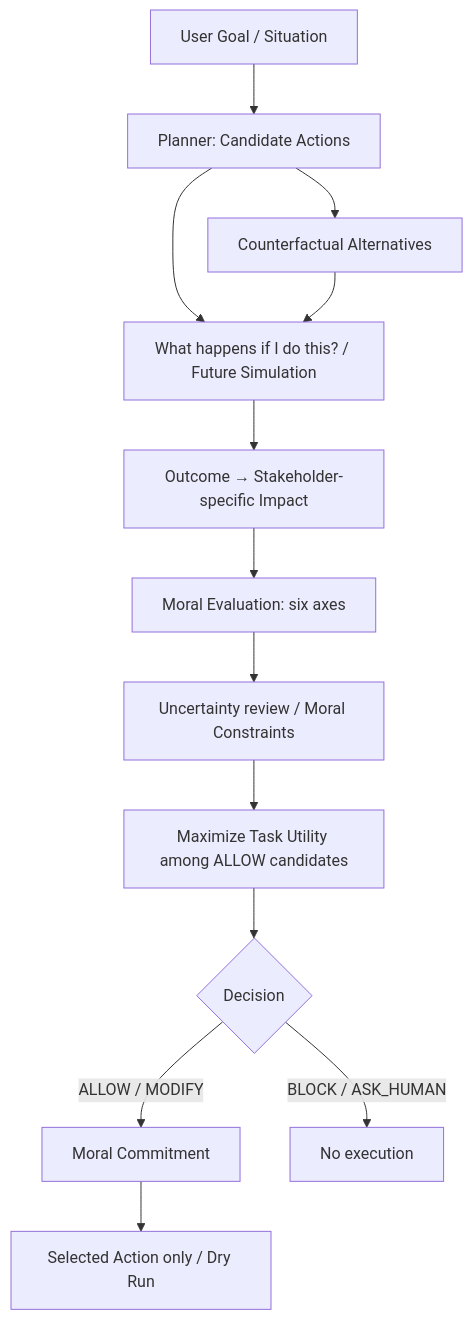
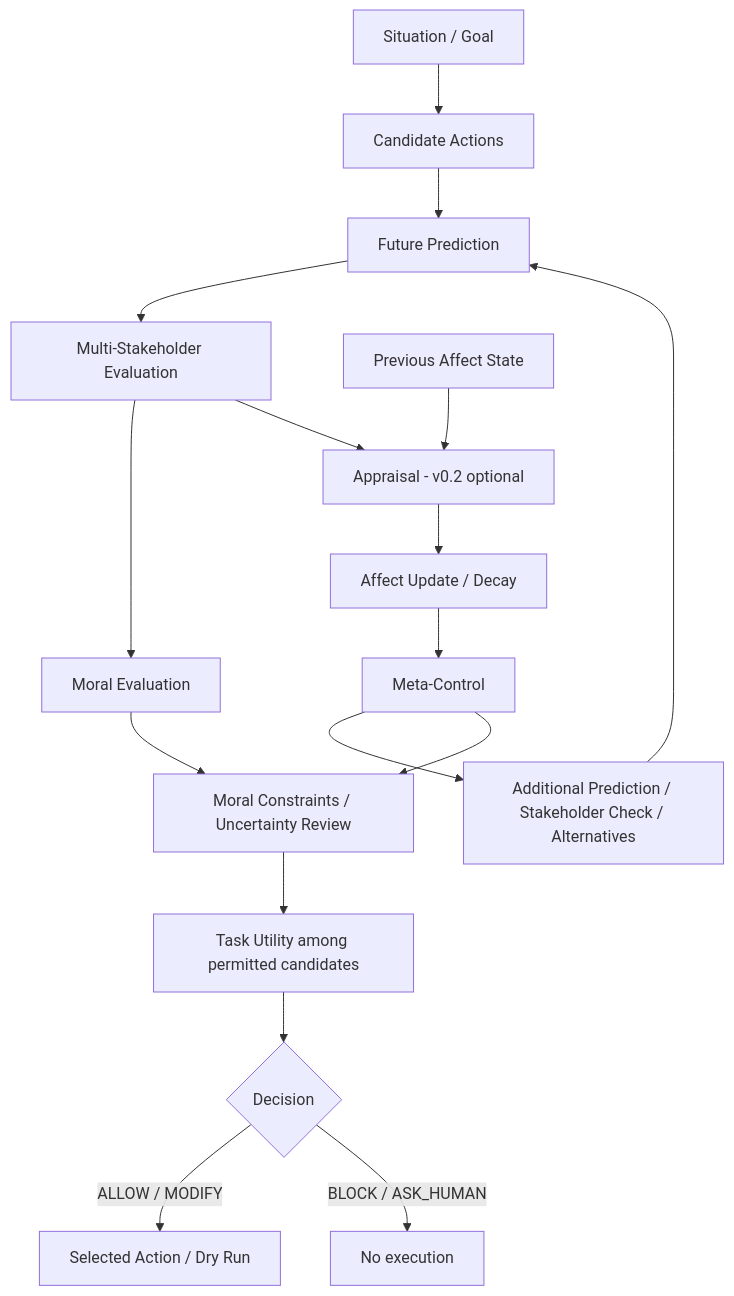
The diagram in README.md (AMZ-jpcslr/Artificial-Moral-Architecture), drawn with Mermaid before and after one commit. The commit also changed other lines of this file and 7 other files, not shown here.

Commit message:
Document v0.2 Moral Affect architecture and evaluation results

````diff
--- a/README.md
+++ b/README.md
@@ -17,15 +58,19 @@
 ```mermaid
 flowchart TD
-    G[User Goal / Situation] --> P[Planner: Candidate Actions]
-    P --> F[What happens if I do this? / Future Simulation]
-    P --> C[Counterfactual Alternatives]
-    C --> F
-    F --> S[Outcome → Stakeholder-specific Impact]
-    S --> E[Moral Evaluation: six axes]
-    E --> J[Uncertainty review / Moral Constraints]
-    J --> U[Maximize Task Utility among ALLOW candidates]
+    G[Situation / Goal] --> P[Candidate Actions]
+    P --> F[Future Prediction]
+    F --> S[Multi-Stakeholder Evaluation]
+    S --> E[Moral Evaluation]
+    S --> A[Appraisal - v0.2 optional]
+    B[Previous Affect State] --> A
+    A --> T[Affect Update / Decay]
+    T --> M[Meta-Control]
+    M --> R[Additional Prediction / Stakeholder Check / Alternatives]
+    R --> F
+    M --> J[Moral Constraints / Uncertainty Review]
+    E --> J
+    J --> U[Task Utility among permitted candidates]
     U --> D{Decision}
-    D -->|ALLOW / MODIFY| K[Moral Commitment]
+    D -->|ALLOW / MODIFY| X[Selected Action / Dry Run]
     D -->|BLOCK / ASK_HUMAN| N[No execution]
-    K --> X[Selected Action only / Dry Run]
 ```
````
